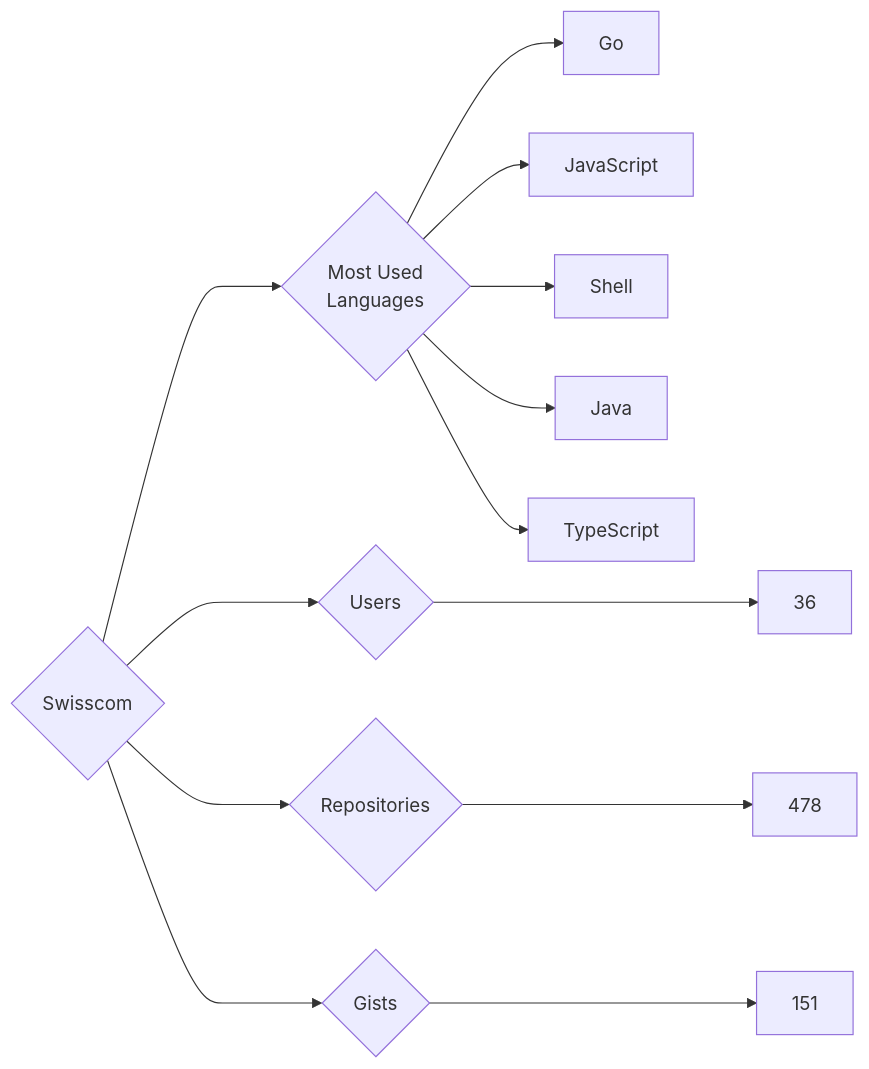
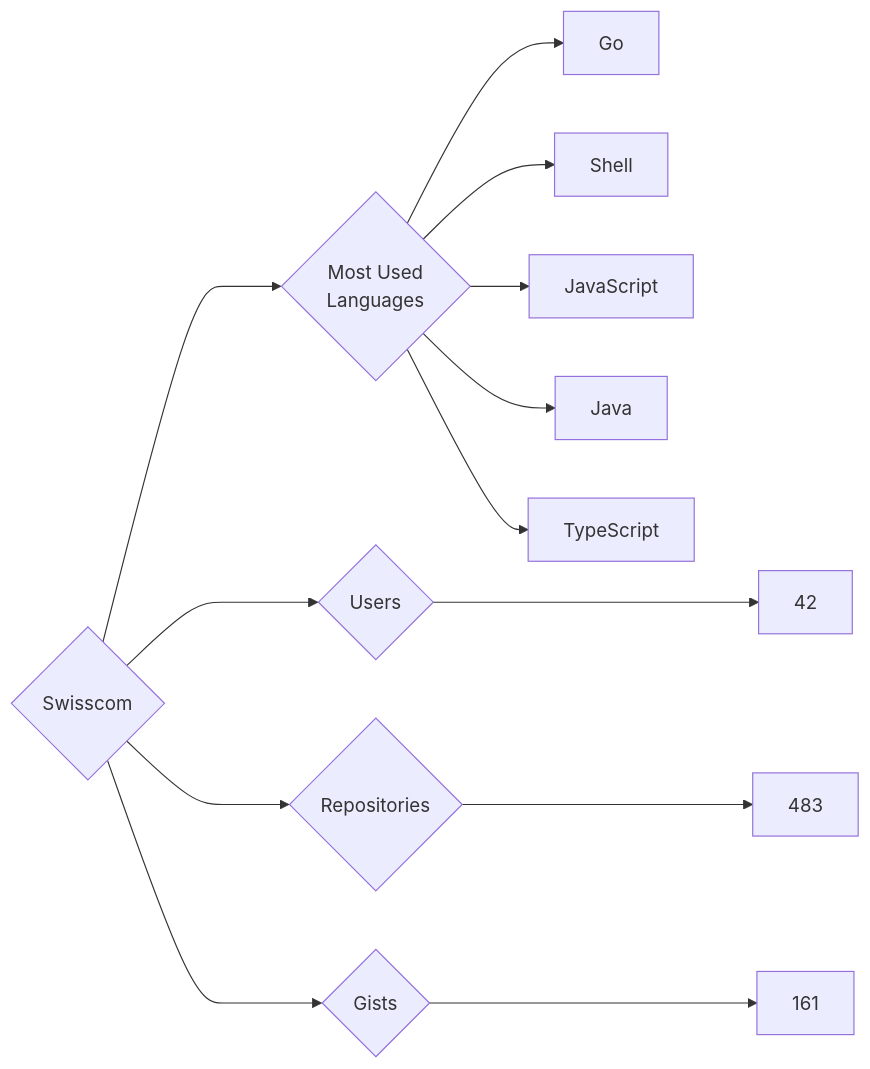
One commit to trickest/insiders changed the diagram in targets/Swisscom/README.md. Above: the diagram before and after it, drawn with Mermaid. The commit also changed 851 other files, not shown here.

````diff
--- a/targets/Swisscom/README.md
+++ b/targets/Swisscom/README.md
@@ -3,13 +3,13 @@
 ```mermaid
 graph LR
 COMPANY_NAME{Swisscom}
-COMPANY_NAME ---> U{Users} ---> UN[36]
-COMPANY_NAME ---> R{Repositories} ---> RN[478]
-COMPANY_NAME ---> G{Gists} ---> GN[151]
+COMPANY_NAME ---> U{Users} ---> UN[42]
+COMPANY_NAME ---> R{Repositories} ---> RN[483]
+COMPANY_NAME ---> G{Gists} ---> GN[161]
 COMPANY_NAME ---> ML{Most Used<br>Languages}
 ML --> Go[Go]
+ML --> Shell[Shell]
 ML --> JavaScript[JavaScript]
-ML --> Shell[Shell]
 ML --> Java[Java]
 ML --> TypeScript[TypeScript]
 ```
````
